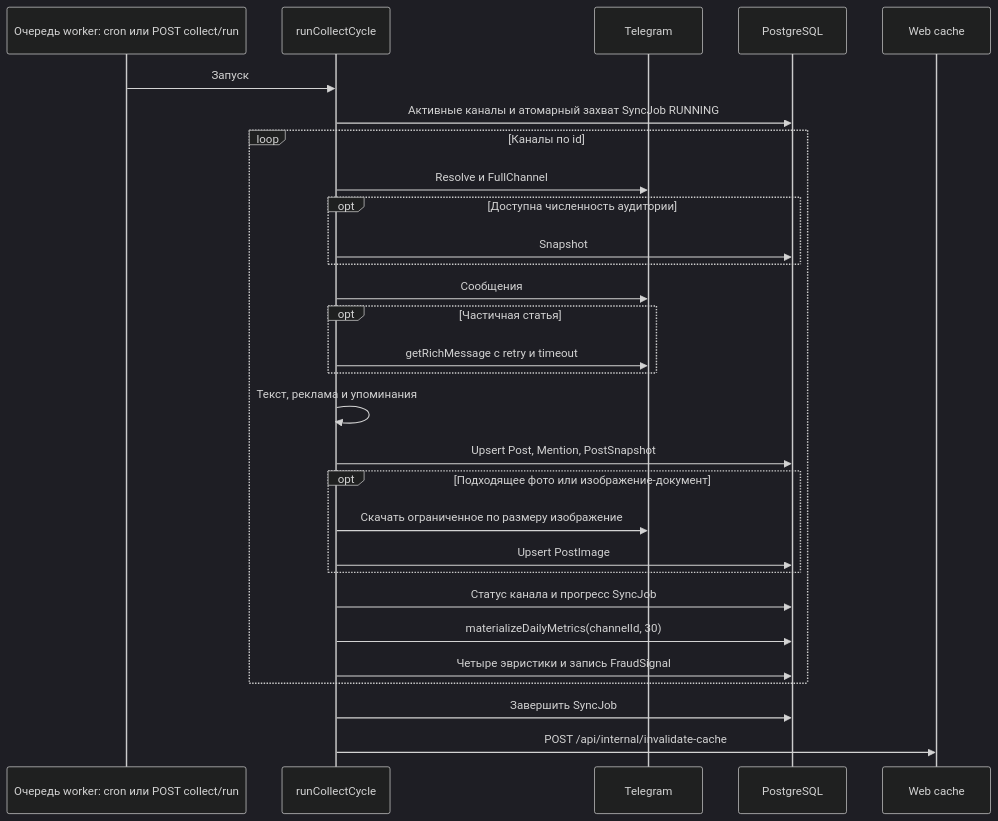
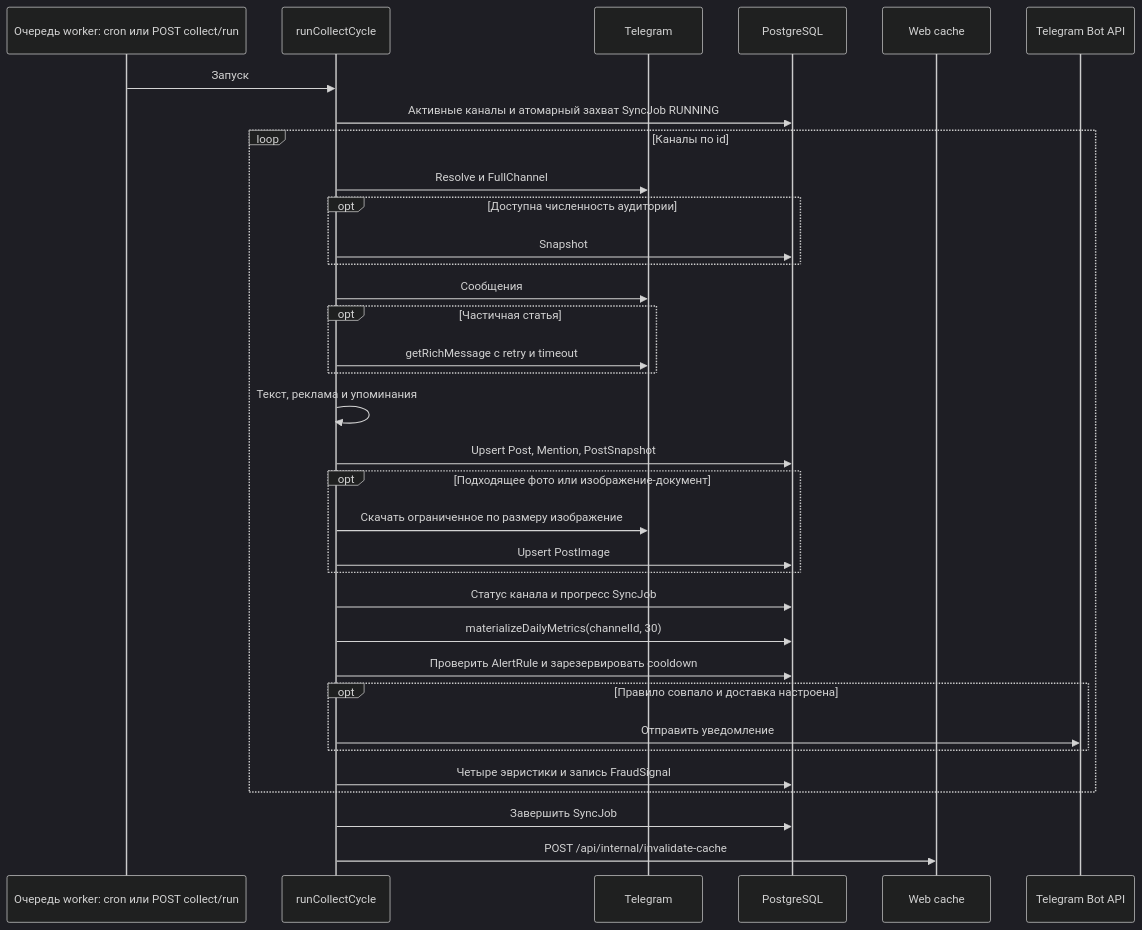
The second of 2 diagrams in docs/architecture.md (liquidsyntes/tg_mons), drawn with Mermaid (dark theme) before and after one commit. The commit also changed other lines of this file and 16 other files, not shown here.

Commit message:
feat(alerts-api): add configurable Telegram rules

````diff
--- a/docs/architecture.md
+++ b/docs/architecture.md
@@ -68,31 +68,36 @@
 ```mermaid
 sequenceDiagram
     participant S as Очередь worker: cron или POST collect/run
     participant C as runCollectCycle
     participant T as Telegram
     participant D as PostgreSQL
     participant W as Web cache
+    participant B as Telegram Bot API
     S->>C: Запуск
     C->>D: Активные каналы и атомарный захват SyncJob RUNNING
     loop Каналы по id
         C->>T: Resolve и FullChannel
         opt Доступна численность аудитории
             C->>D: Snapshot
         end
         C->>T: Сообщения
         opt Частичная статья
             C->>T: getRichMessage с retry и timeout
         end
         C->>C: Текст, реклама и упоминания
         C->>D: Upsert Post, Mention, PostSnapshot
         opt Подходящее фото или изображение-документ
             C->>T: Скачать ограниченное по размеру изображение
             C->>D: Upsert PostImage
         end
         C->>D: Статус канала и прогресс SyncJob
         C->>D: materializeDailyMetrics(channelId, 30)
+        C->>D: Проверить AlertRule и зарезервировать cooldown
+        opt Правило совпало и доставка настроена
+            C->>B: Отправить уведомление
+        end
         C->>D: Четыре эвристики и запись FraudSignal
     end
     C->>D: Завершить SyncJob
     C->>W: POST /api/internal/invalidate-cache
 ```
````
